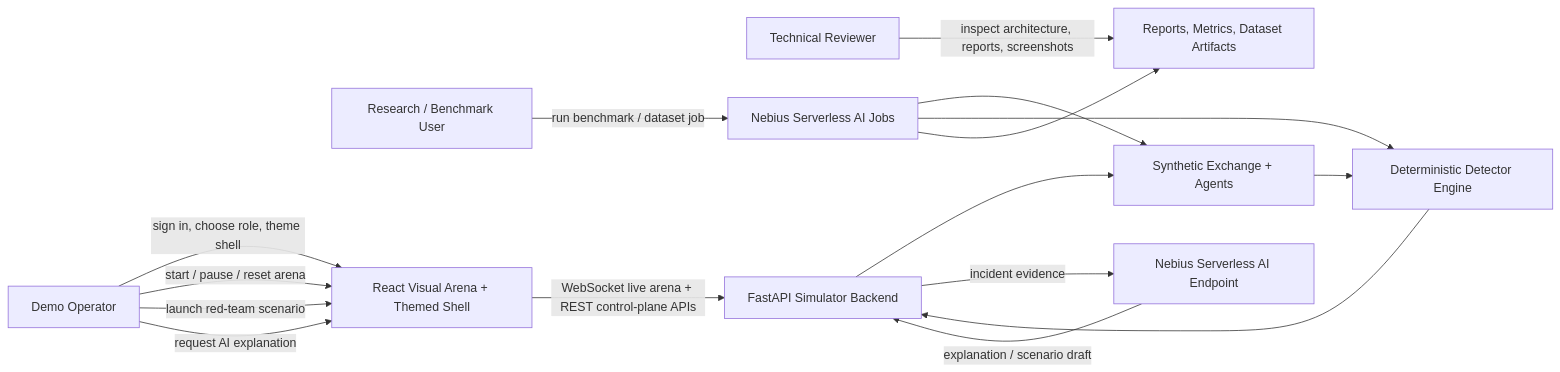
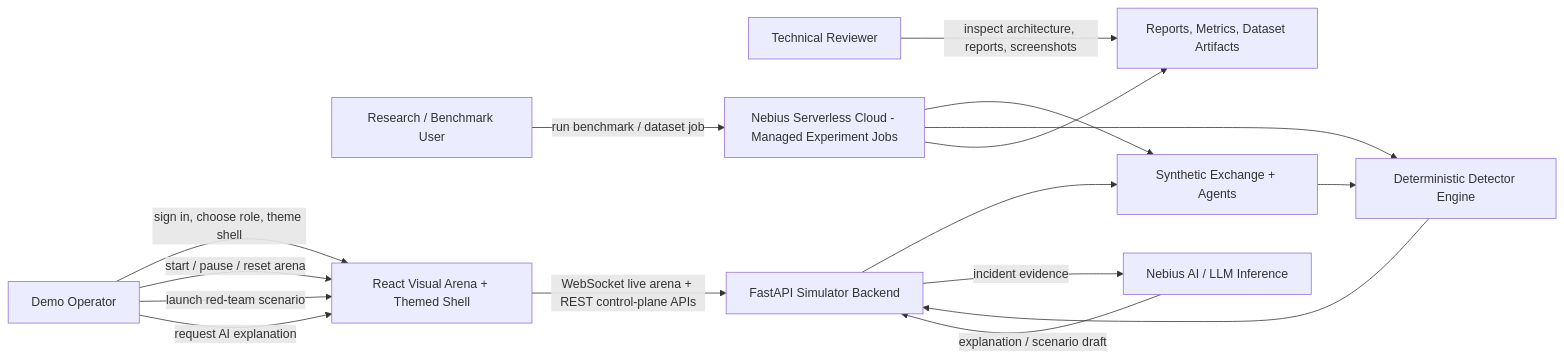
Before and after one commit to khab40/aimada: the second of 12 diagrams in docs/USE_CASES.md, drawn with Mermaid. The commit also changed other lines of this file and 43 other files, not shown here.

````diff
--- a/docs/USE_CASES.md
+++ b/docs/USE_CASES.md
@@ -73,29 +73,29 @@
 ```mermaid
 graph LR
     Operator["Demo Operator"]
     Reviewer["Technical Reviewer"]
     Researcher["Research / Benchmark User"]
     UI["React Visual Arena + Themed Shell"]
     Backend["FastAPI Simulator Backend"]
     Simulation["Synthetic Exchange + Agents"]
     Detectors["Deterministic Detector Engine"]
-    NebiusEndpoint["Nebius Serverless AI Endpoint"]
-    NebiusJobs["Nebius Serverless AI Jobs"]
+    NebiusEndpoint["Nebius AI / LLM Inference"]
+    NebiusJobs["Nebius Serverless Cloud - Managed Experiment Jobs"]
     Artifacts["Reports, Metrics, Dataset Artifacts"]
 
     Operator -->|"sign in, choose role, theme shell"| UI
     Operator -->|"start / pause / reset arena"| UI
     Operator -->|"launch red-team scenario"| UI
     Operator -->|"request AI explanation"| UI
     UI -->|"WebSocket live arena + REST control-plane APIs"| Backend
     Backend --> Simulation
     Simulation --> Detectors
     Detectors --> Backend
     Backend -->|"incident evidence"| NebiusEndpoint
     NebiusEndpoint -->|"explanation / scenario draft"| Backend
     Researcher -->|"run benchmark / dataset job"| NebiusJobs
     NebiusJobs --> Simulation
     NebiusJobs --> Detectors
     NebiusJobs --> Artifacts
     Reviewer -->|"inspect architecture, reports, screenshots"| Artifacts
 ```
````
